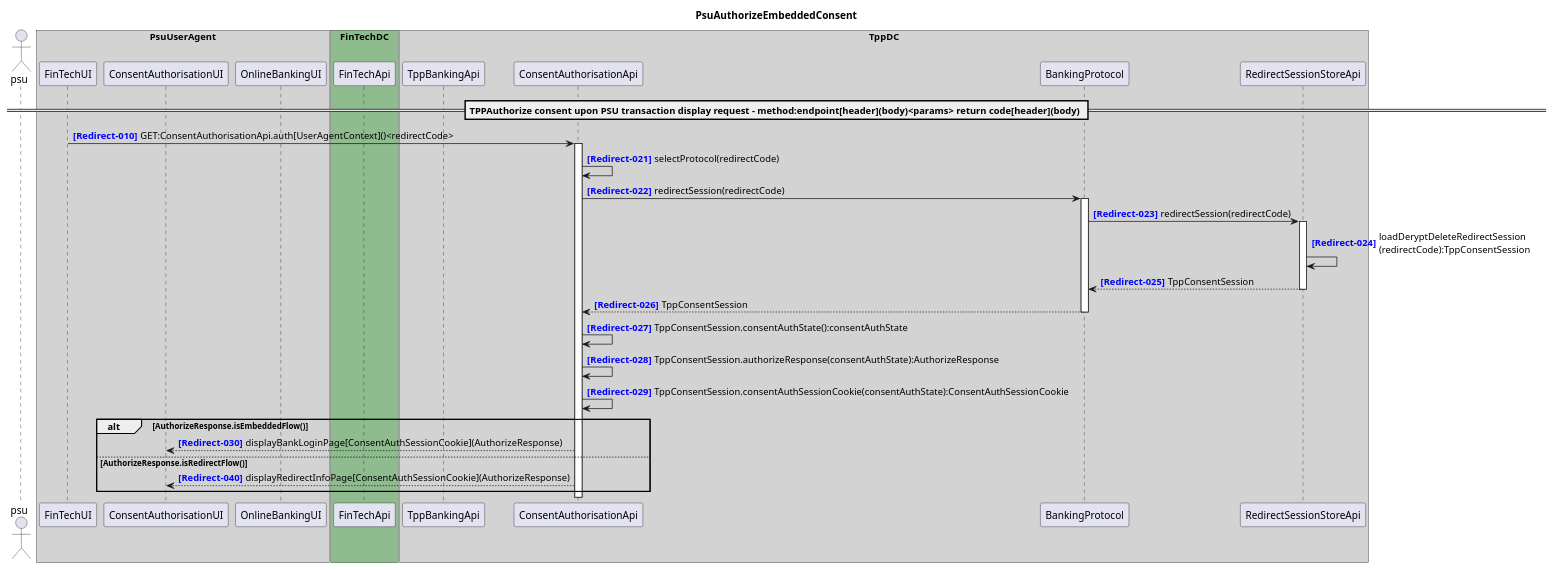
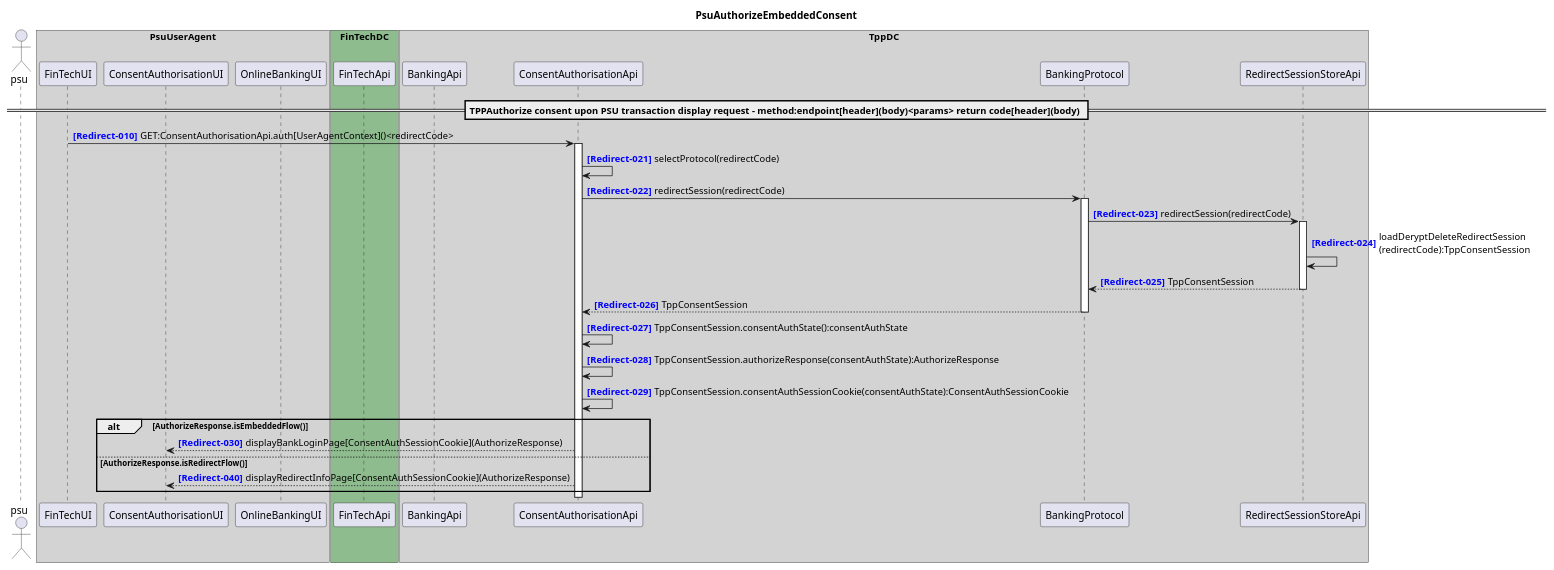
One commit to adorsys/open-banking-gateway changed the diagram in docs/architecture/diagrams/useCases/5-redirectPsuToConsentAPI.puml. Above: the diagram before and after it, drawn with PlantUML. The commit also changed 12 other files, not shown here.

Commit message:
changed TppBankingApi to BankingApi

```diff
--- a/docs/architecture/diagrams/useCases/5-redirectPsuToConsentAPI.puml
+++ b/docs/architecture/diagrams/useCases/5-redirectPsuToConsentAPI.puml
@@ -1,45 +1,45 @@
 @startuml PsuAuthorizeEmbeddedConsent
 title PsuAuthorizeEmbeddedConsent
 autonumber 10 10 "<b><color blue>[Redirect-000]</color></b>"
 actor psu
 
 box "PsuUserAgent" #LightGray
     participant "FinTechUI" as FinTechUI
     participant "ConsentAuthorisationUI" as ConsentAuthorisationUI
     participant "OnlineBankingUI" as OnlineBankingUI
 end box
 box "FinTechDC" #DarkSeaGreen
     participant "FinTechApi" as FinTechApi
 end box
 box "TppDC" #LightGray
-    participant "TppBankingApi" as TppBankingApi
+    participant "BankingApi" as BankingApi
     'participant "TppBankSearchApi" as TppBankSearchApi
     participant "ConsentAuthorisationApi" as ConsentAuthorisationApi
 
     participant "BankingProtocol" as BankingProtocol
     participant "RedirectSessionStoreApi" as RedirectSessionStoreApi
 end box
 box "AspspDC" #LightSkyBlue
 	'participant "AspspBankingApi" as AspspBankingApi
     'participant "OnlineBankingApi" as OnlineBankingApi
 end box
 == TPPAuthorize consent upon PSU transaction display request - method:endpoint[header](body)<params> return code[header](body) ==
 
 FinTechUI -> ConsentAuthorisationApi ++ : GET:ConsentAuthorisationApi.auth[UserAgentContext]()<redirectCode>
 autonumber 21 1 "<b><color blue>[Redirect-000]</color></b>"
 ConsentAuthorisationApi -> ConsentAuthorisationApi : selectProtocol(redirectCode)
 ConsentAuthorisationApi -> BankingProtocol ++ : redirectSession(redirectCode)
 BankingProtocol -> RedirectSessionStoreApi ++ : redirectSession(redirectCode)
 RedirectSessionStoreApi -> RedirectSessionStoreApi : loadDeryptDeleteRedirectSession\n(redirectCode):TppConsentSession
 return TppConsentSession
 return TppConsentSession
 ConsentAuthorisationApi -> ConsentAuthorisationApi : TppConsentSession.consentAuthState():consentAuthState
 ConsentAuthorisationApi -> ConsentAuthorisationApi : TppConsentSession.authorizeResponse(consentAuthState):AuthorizeResponse
 ConsentAuthorisationApi -> ConsentAuthorisationApi : TppConsentSession.consentAuthSessionCookie(consentAuthState):ConsentAuthSessionCookie
 autonumber 30 10 "<b><color blue>[Redirect-000]</color></b>"
 alt AuthorizeResponse.isEmbeddedFlow()
 ConsentAuthorisationApi --> ConsentAuthorisationUI : displayBankLoginPage[ConsentAuthSessionCookie](AuthorizeResponse)
 else AuthorizeResponse.isRedirectFlow()
 ConsentAuthorisationApi --> ConsentAuthorisationUI : displayRedirectInfoPage[ConsentAuthSessionCookie](AuthorizeResponse)
 end
 @enduml
```
